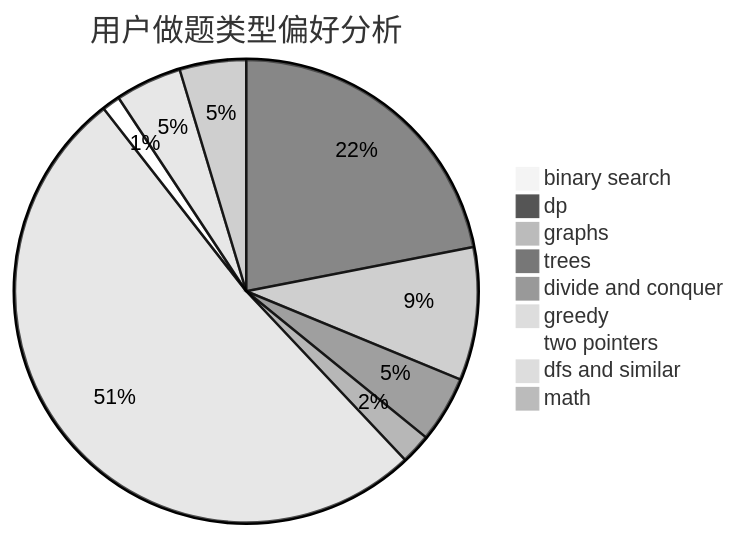
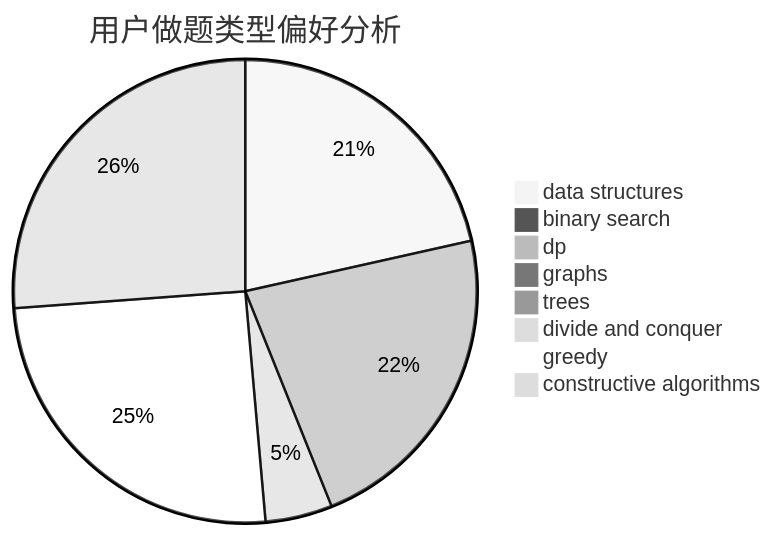
One commit to sherpahu/cfrs.github.io changed the second of 3 diagrams in docs/user/u1668.md. Above: the diagram before and after it, drawn with Mermaid (neutral theme). The commit also changed other lines of this file and 2775 other files, not shown here.

````diff
--- a/docs/user/u1668.md
+++ b/docs/user/u1668.md
@@ -23,12 +23,11 @@
 ```mermaid
 pie title 用户做题类型偏好分析
+    "data structures" :  23
     "binary search" :  0
-    "dp" :  52
-    "graphs" :  22
-    "trees" :  11
+    "dp" :  24
+    "graphs" :  0
+    "trees" :  0
     "divide and conquer" :  5
-    "greedy" :  122
-    "two pointers" :  3
-    "dfs and similar" :  11
-    "math" :  11
+    "greedy" :  27
+    "constructive algorithms" :  28
 ```
````
